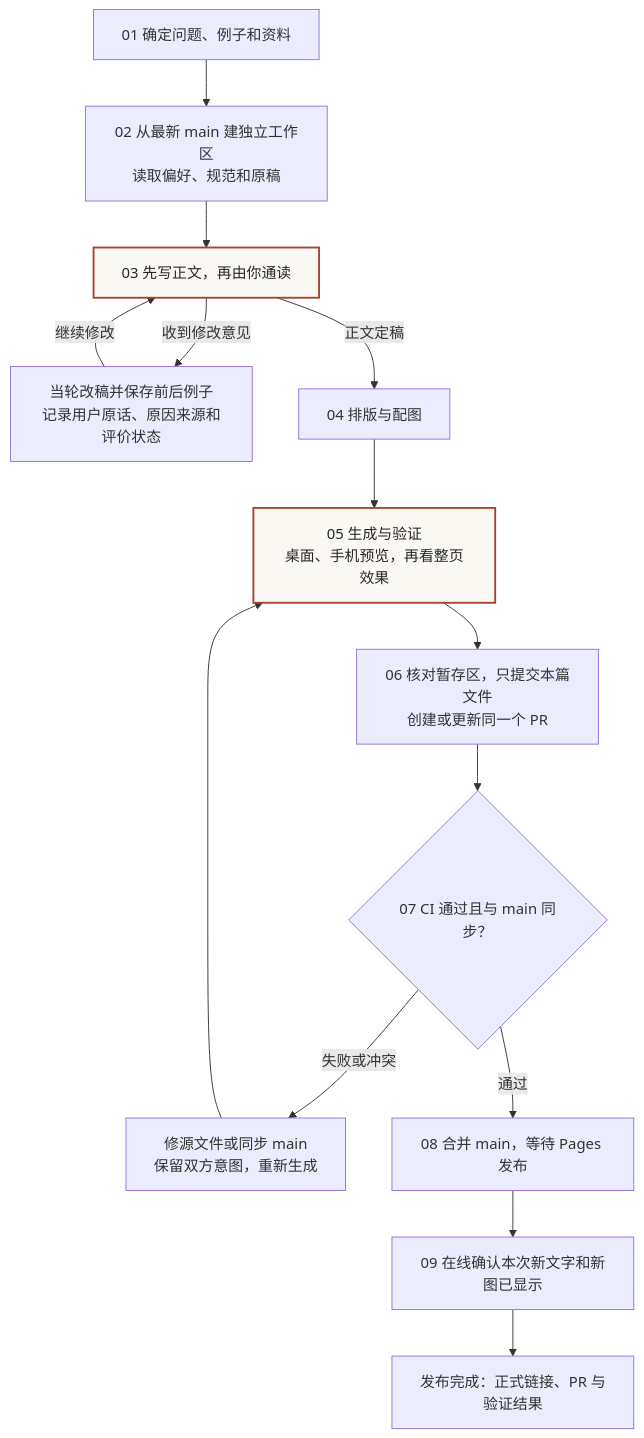
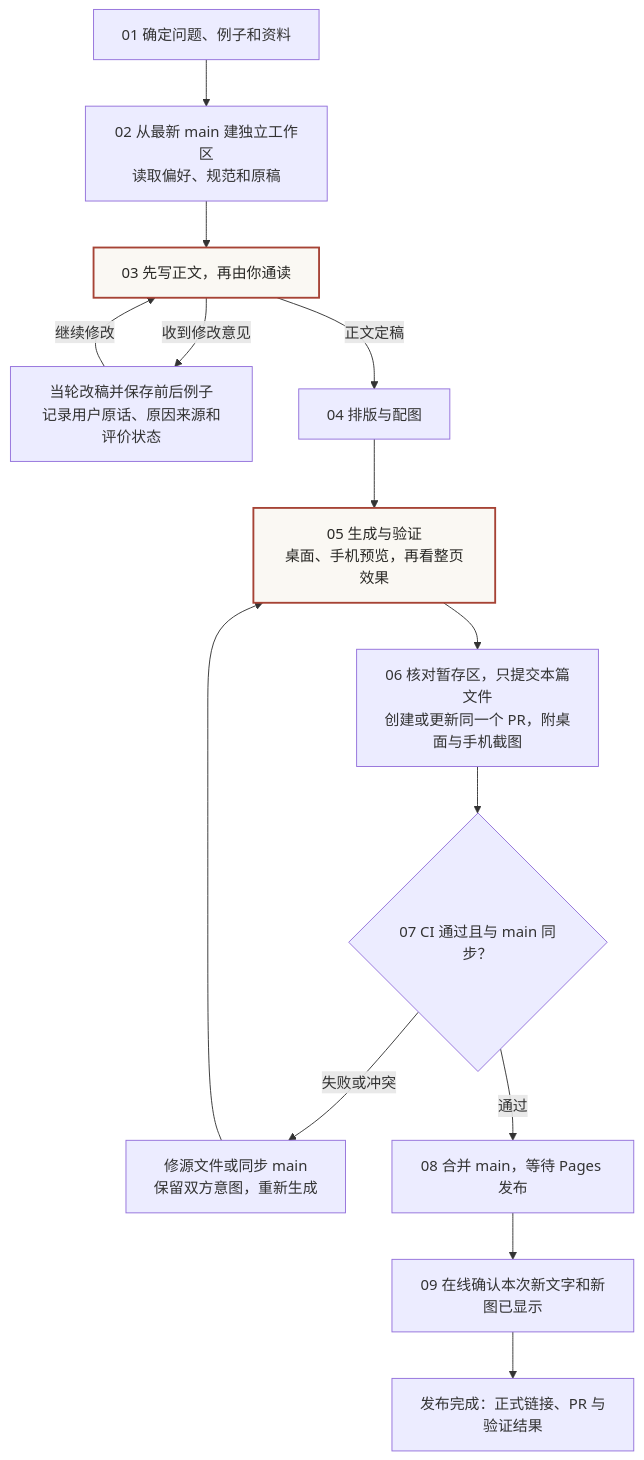
One commit to zwhu/zwhu.github.io changed the diagram in content/blog-publishing-workflow.md. Above: the diagram before and after it, drawn with Mermaid. The commit also changed other lines of this file and 7 other files, not shown here.

Commit message:
PR 附截图：新增 scripts/pr-screenshots.cjs，截改动页面的桌面与手机截图，推到 pr-screenshots 分支并写入 PR 描述；流程、验证说明、AGENTS 与文章第 06 步同步

````diff
--- a/content/blog-publishing-workflow.md
+++ b/content/blog-publishing-workflow.md
@@ -7,18 +7,18 @@
 ```mermaid
 flowchart TD
     A[01 确定问题、例子和资料] --> B[02 从最新 main 建独立工作区<br/>读取偏好、规范和原稿]
     B --> C[03 先写正文，再由你通读]
     C -->|收到修改意见| R[当轮改稿并保存前后例子<br/>记录用户原话、原因来源和评价状态]
     R -->|继续修改| C
     C -->|正文定稿| D[04 排版与配图]
     D --> E[05 生成与验证<br/>桌面、手机预览，再看整页效果]
-    E --> F[06 核对暂存区，只提交本篇文件<br/>创建或更新同一个 PR]
+    E --> F[06 核对暂存区，只提交本篇文件<br/>创建或更新同一个 PR，附桌面与手机截图]
     F --> G{07 CI 通过且与 main 同步？}
     G -->|失败或冲突| X[修源文件或同步 main<br/>保留双方意图，重新生成]
     X --> E
     G -->|通过| H[08 合并 main，等待 Pages 发布]
     H --> I[09 在线确认本次新文字和新图已显示]
     I --> Z[发布完成：正式链接、PR 与验证结果]
     classDef review fill:#faf8f3,stroke:#a64335,stroke-width:2px,color:#292825
     class C,E review
 ```
````
